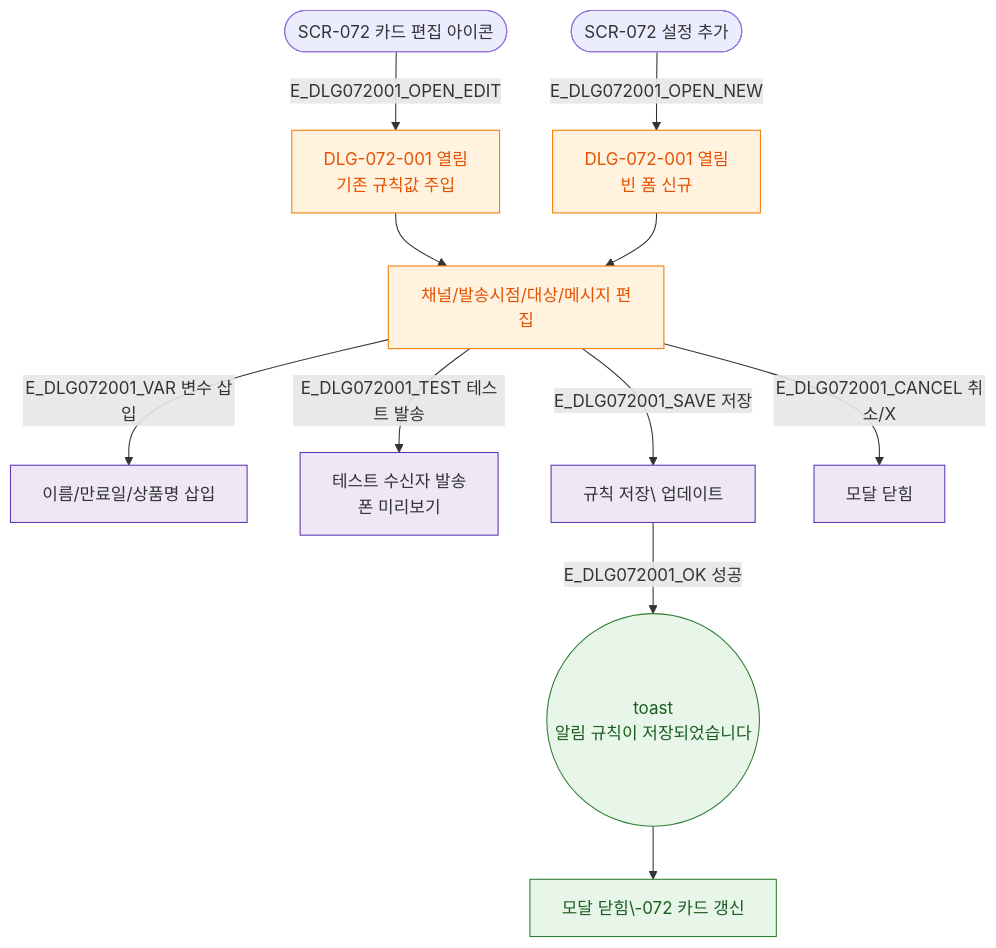
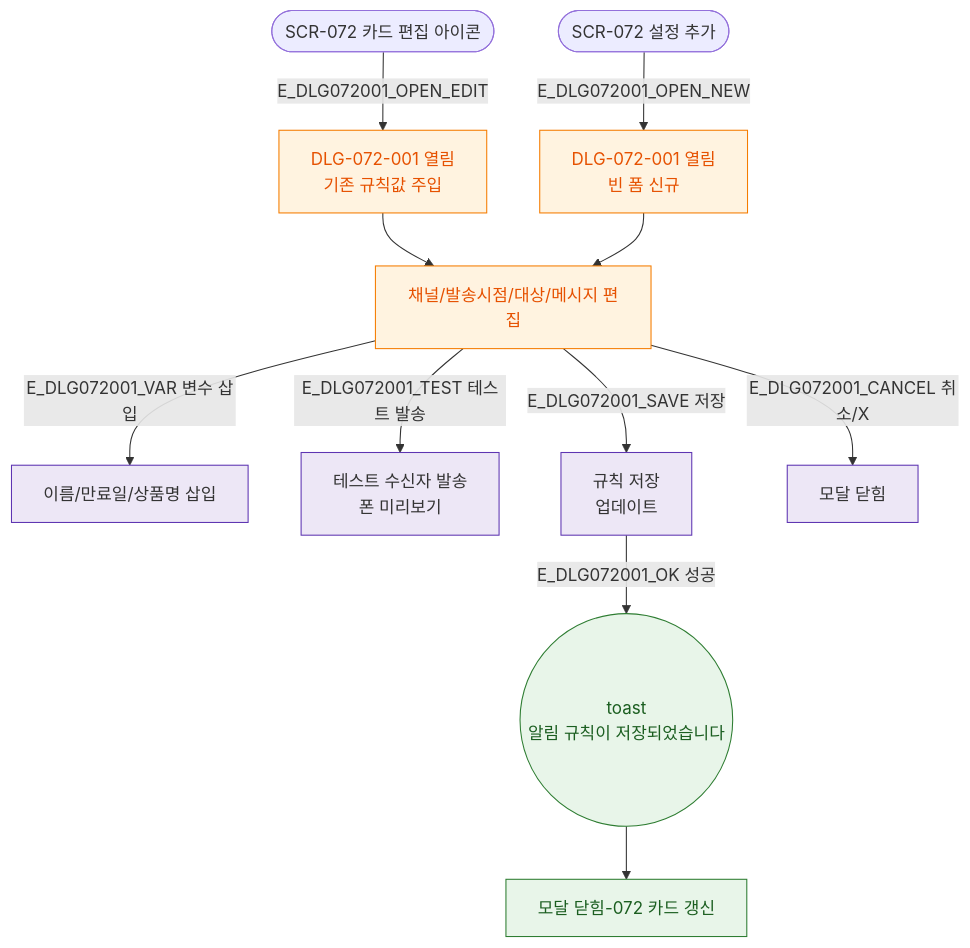
One commit to dev-spogym/admin-pando changed the diagram in docs/admin/다이어그램/D08_마케팅/DLG/DLG-072-001_알림규칙편집/M1_생명주기.md. Above: the diagram before and after it, drawn with Mermaid. The commit also changed 369 other files, not shown here.

````diff
--- a/docs/admin/다이어그램/D08_마케팅/DLG/DLG-072-001_알림규칙편집/M1_생명주기.md
+++ b/docs/admin/다이어그램/D08_마케팅/DLG/DLG-072-001_알림규칙편집/M1_생명주기.md
@@ -12,23 +12,23 @@
 ```mermaid
 flowchart TD
   TRIGGER_EDIT([SCR-072 카드 편집 아이콘]) -->|E_DLG072001_OPEN_EDIT|MODAL[DLG-072-001 열림\n기존 규칙값 주입]
   TRIGGER_NEW([SCR-072 설정 추가]) -->|E_DLG072001_OPEN_NEW|MODAL_NEW[DLG-072-001 열림\n빈 폼 신규]
 
   MODAL --> INPUT[채널/발송시점/대상/메시지 편집]
   MODAL_NEW --> INPUT
   INPUT -->|E_DLG072001_VAR 변수 삽입|VAR[이름/만료일/상품명 삽입]
   INPUT -->|E_DLG072001_TEST 테스트 발송|TEST[테스트 수신자 발송\n폰 미리보기]
-  INPUT -->|E_DLG072001_SAVE 저장|SAVE_API[규칙 저장\ 업데이트]
+  INPUT -->|E_DLG072001_SAVE 저장|SAVE_API[규칙 저장<br/> 업데이트]
   INPUT -->|E_DLG072001_CANCEL 취소/X|CLOSE[모달 닫힘]
 
   SAVE_API -->|E_DLG072001_OK 성공|T_OK((toast\n알림 규칙이 저장되었습니다))
-  T_OK --> CLOSE_OK[모달 닫힘\-072 카드 갱신]
+  T_OK --> CLOSE_OK[모달 닫힘-072 카드 갱신]
 
   classDef modal fill:#FFF3E0,stroke:#F57C00,color:#E65100
   classDef success fill:#E8F5E9,stroke:#2E7D32,color:#1B5E20
   classDef system fill:#EDE7F6,stroke:#5E35B2
 
   class MODAL,MODAL_NEW,INPUT modal
   class T_OK,CLOSE_OK success
   class VAR,TEST,SAVE_API,CLOSE system
 ```
````
